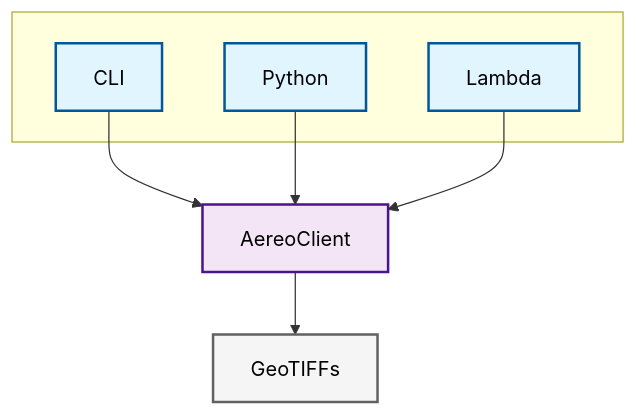
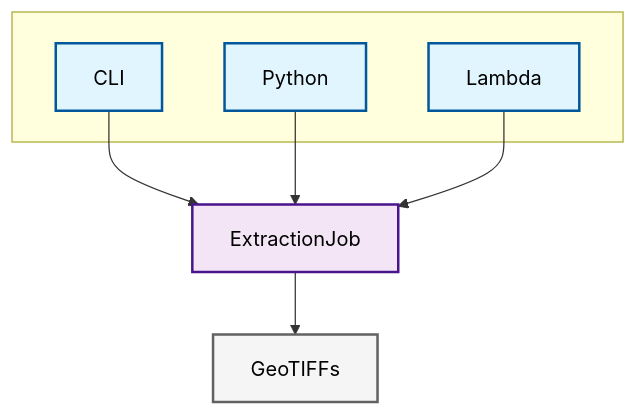
The first of 7 diagrams in docs/architecture/architecture-visual.md (frandorr/aereo), drawn with Mermaid before and after one commit. The commit also changed other lines of this file and 17 other files, not shown here.

Commit message:
docs: update docs to ExtractionJob orchestration and Executor model

````diff
--- a/docs/architecture/architecture-visual.md
+++ b/docs/architecture/architecture-visual.md
@@ -13,20 +13,20 @@
 ```mermaid
 flowchart TB
     classDef entry fill:#e1f5ff,stroke:#01579b,stroke-width:2px,color:#000
     classDef core fill:#f3e5f5,stroke:#4a148c,stroke-width:2px,color:#000
     classDef output fill:#f5f5f5,stroke:#616161,stroke-width:2px,color:#000
 
     subgraph IN[" "]
         CLI["CLI"]:::entry
         PY["Python"]:::entry
         LAM["Lambda"]:::entry
     end
 
-    CORE["AereoClient"]:::core
+    CORE["ExtractionJob"]:::core
     OUT["GeoTIFFs"]:::output
 
     CLI --> CORE
     PY --> CORE
     LAM --> CORE
     CORE --> OUT
 ```
````
